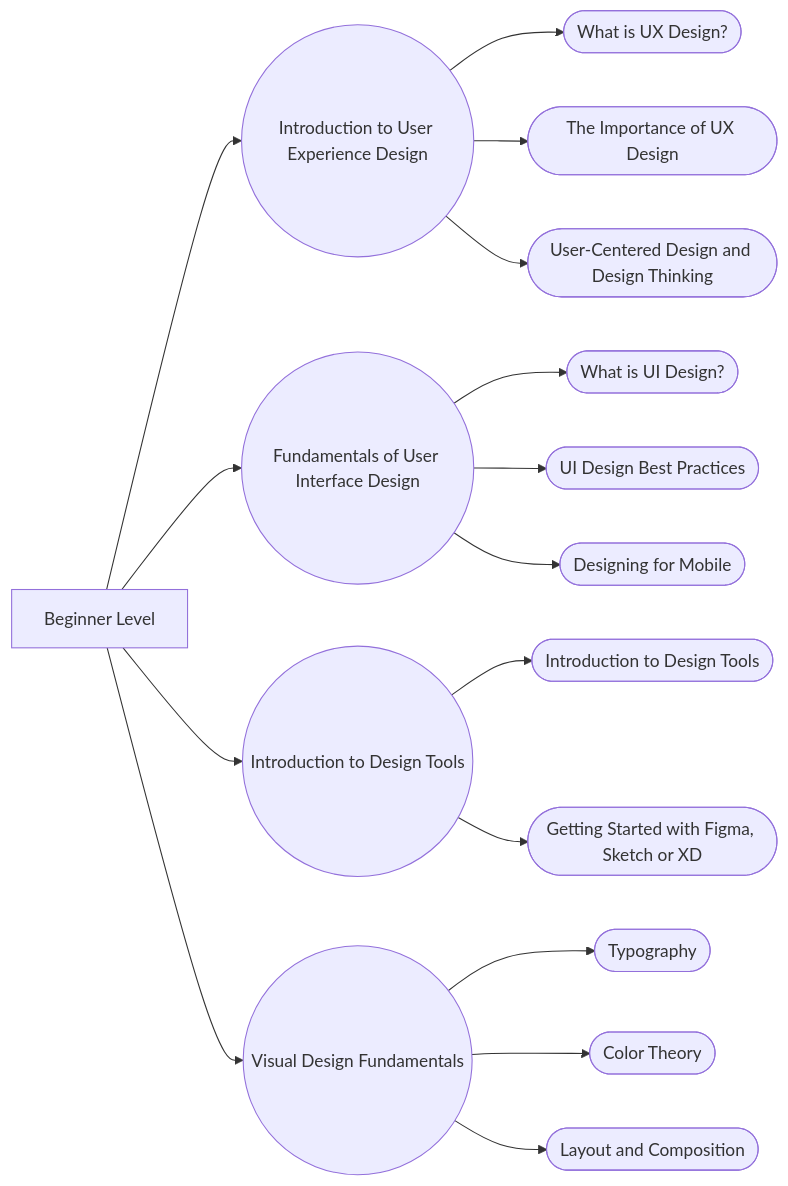
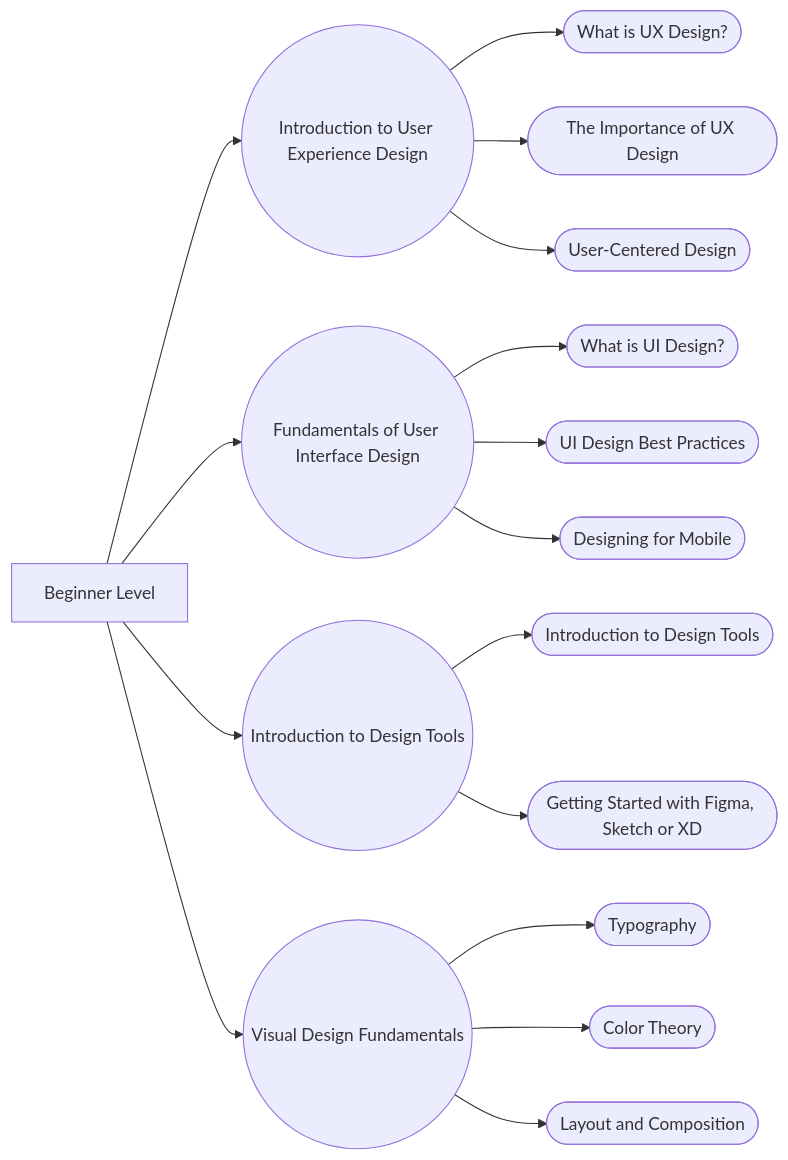
The first of 2 diagrams in README.md (hendurhance/ui-ux), drawn with Mermaid before and after one commit. The commit also changed other lines of this file, not shown here.

````diff
--- a/README.md
+++ b/README.md
@@ -71,23 +71,23 @@
 ``` mermaid
 graph LR
 
 A[Beginner Level] --> B((Introduction to User Experience Design))
 A --> C((Fundamentals of User Interface Design))
 A --> D((Introduction to Design Tools))
 A --> E((Visual Design Fundamentals))
 
 B --> F([What is UX Design?])
 B --> G([The Importance of UX Design])
-B --> H([User-Centered Design and Design Thinking])
+B --> H([User-Centered Design])
 
 C --> I([What is UI Design?])
 C --> J([UI Design Best Practices])
 C --> K([Designing for Mobile])
 
 D --> L([Introduction to Design Tools])
 D --> M([Getting Started with Figma, Sketch or XD])
 
 E --> N([Typography])
 E --> O([Color Theory])
 E --> P([Layout and Composition])
 ```
````
